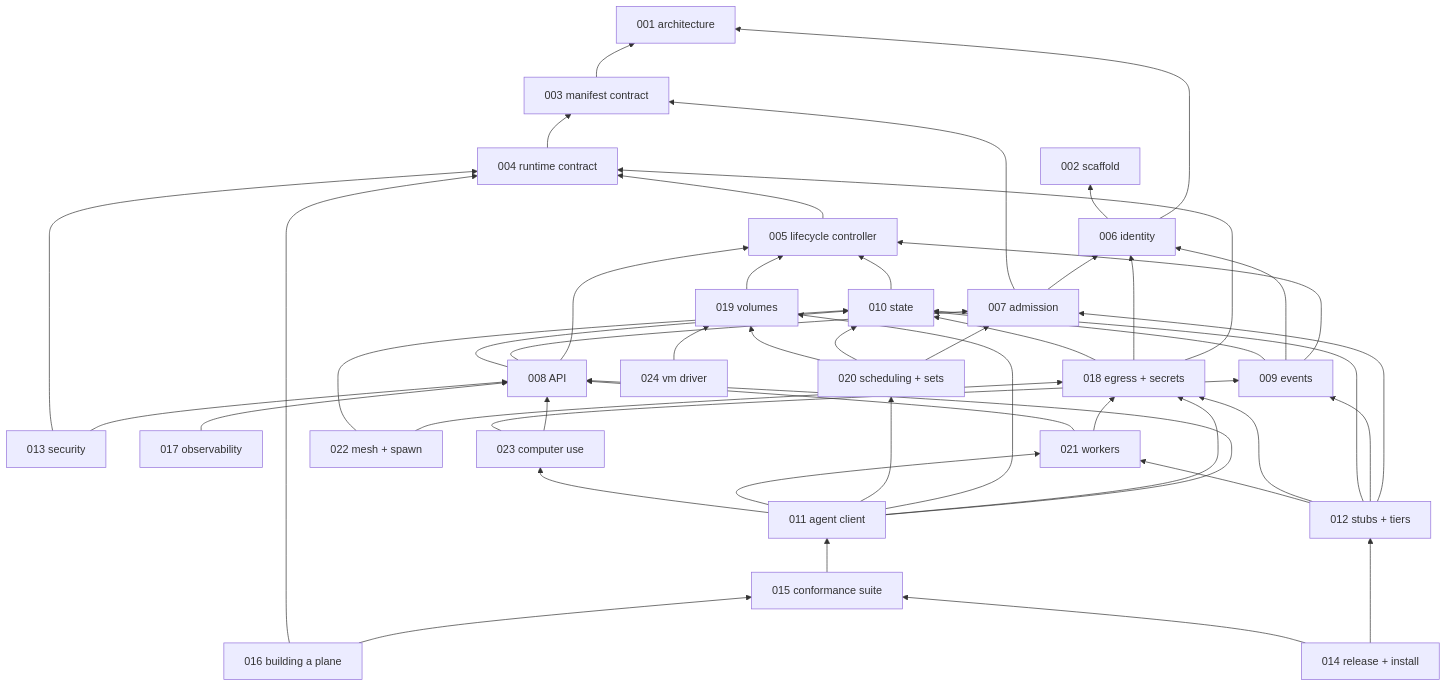
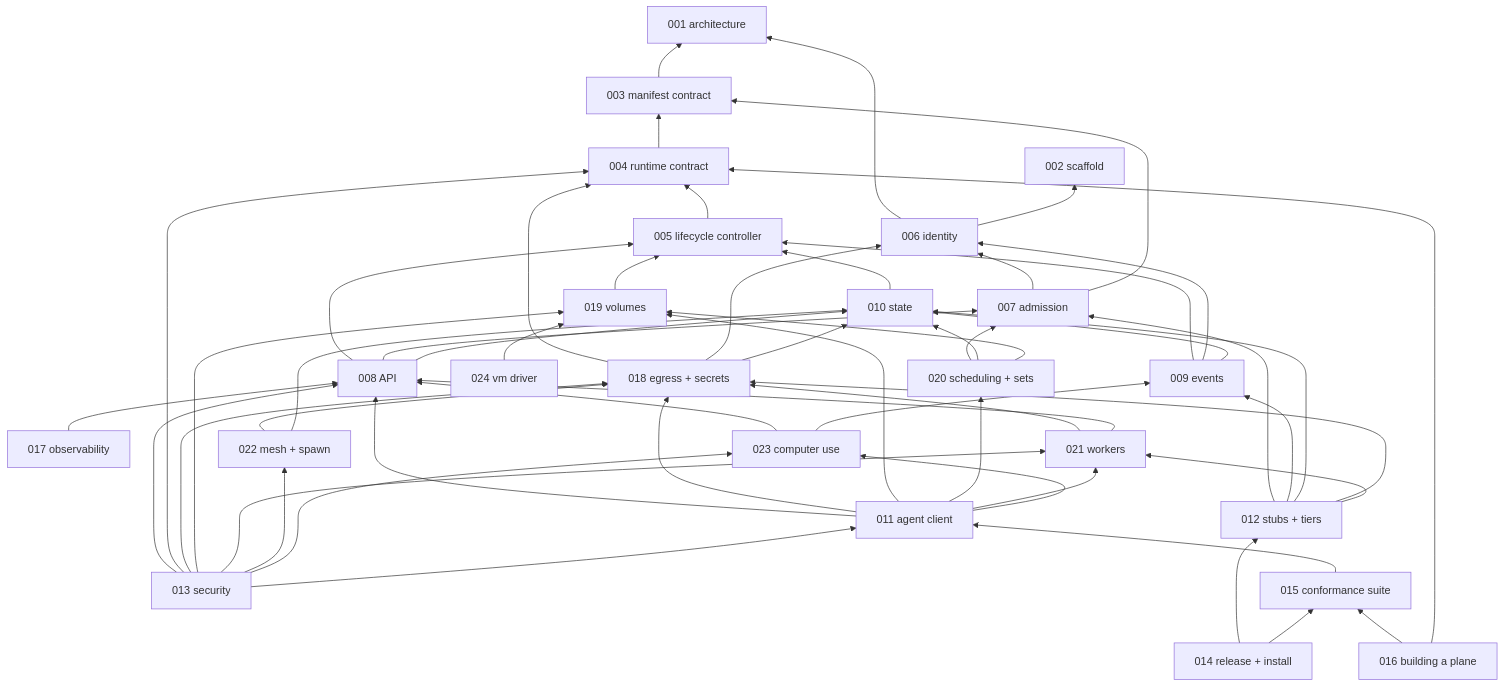
The second of 2 diagrams in specs/README.md (latere-ai/cella), drawn with Mermaid before and after one commit. The commit also changed other lines of this file and 5 other files, not shown here.

````diff
--- a/specs/README.md
+++ b/specs/README.md
@@ -82,74 +82,80 @@
 ```mermaid
 flowchart BT
   S001[001 architecture]
   S002[002 scaffold]
   S003[003 manifest contract]
   S004[004 runtime contract]
   S005[005 lifecycle controller]
   S006[006 identity]
   S007[007 admission]
   S008[008 API]
   S009[009 events]
   S010[010 state]
   S011[011 agent client]
   S012[012 stubs + tiers]
   S013[013 security]
   S014[014 release + install]
   S015[015 conformance suite]
   S016[016 building a plane]
   S017[017 observability]
   S018[018 egress + secrets]
   S019[019 volumes]
   S020[020 scheduling + sets]
   S021[021 workers]
   S022[022 mesh + spawn]
   S023[023 computer use]
   S024[024 vm driver]
   S003 --> S001
   S004 --> S003
   S005 --> S004
   S006 --> S001
   S006 --> S002
   S007 --> S006
   S007 --> S003
   S008 --> S005
   S008 --> S007
   S008 --> S010
   S009 --> S005
   S009 --> S006
   S009 --> S010
   S010 --> S005
   S011 --> S008
   S011 --> S018
   S011 --> S019
   S011 --> S020
   S011 --> S021
   S011 --> S023
   S012 --> S007
   S012 --> S009
   S012 --> S010
   S012 --> S018
   S012 --> S021
   S013 --> S008
   S013 --> S004
+  S013 --> S018
+  S013 --> S019
+  S013 --> S021
+  S013 --> S022
+  S013 --> S023
+  S013 --> S011
   S014 --> S012
   S014 --> S015
   S015 --> S011
   S016 --> S015
   S016 --> S004
   S017 --> S008
   S018 --> S004
   S018 --> S006
   S018 --> S010
   S019 --> S005
   S020 --> S007
   S020 --> S010
   S020 --> S019
   S021 --> S018
   S021 --> S008
   S022 --> S018
   S022 --> S010
   S023 --> S008
   S023 --> S009
   S024 --> S019
 ```
````
